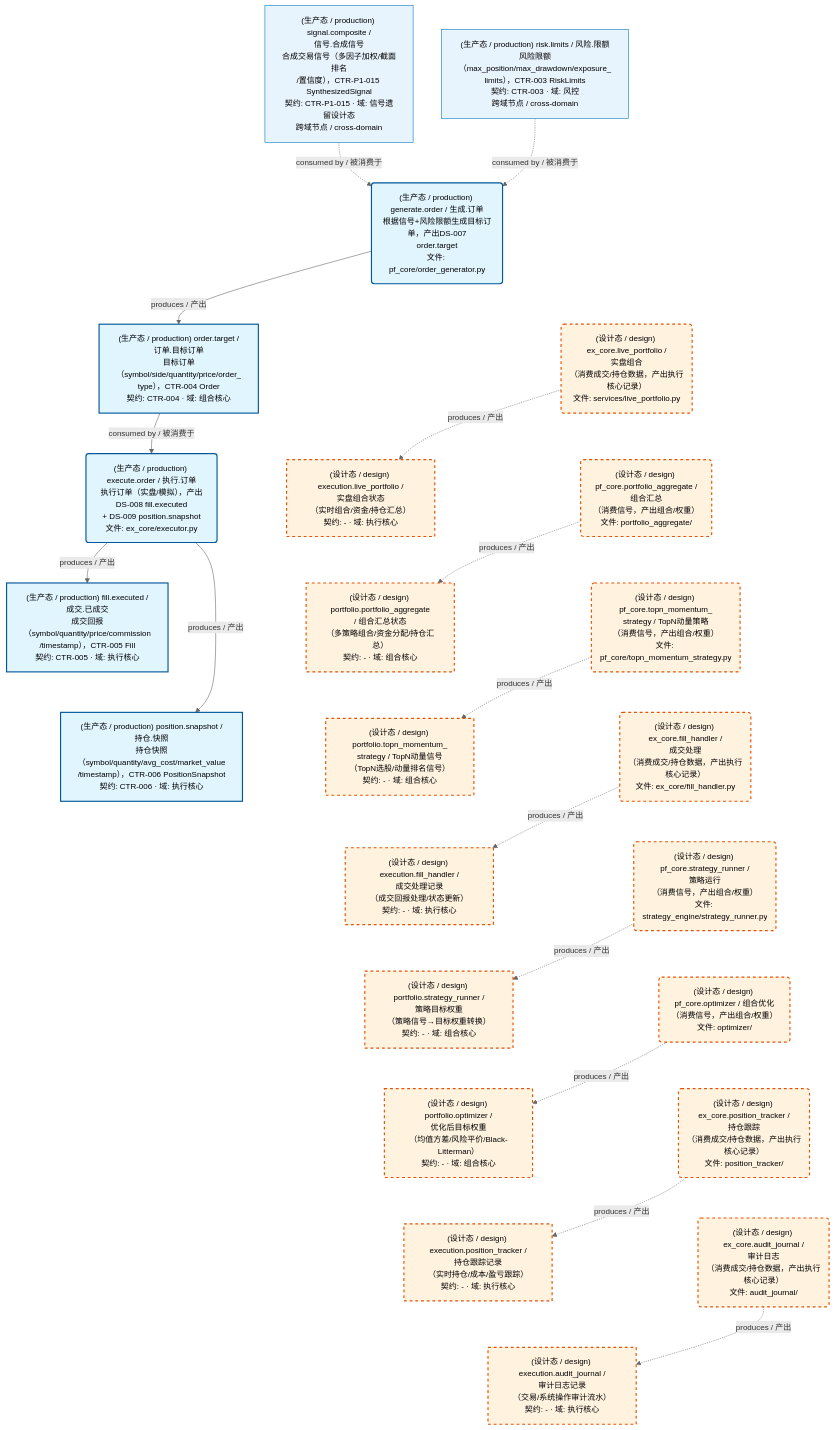
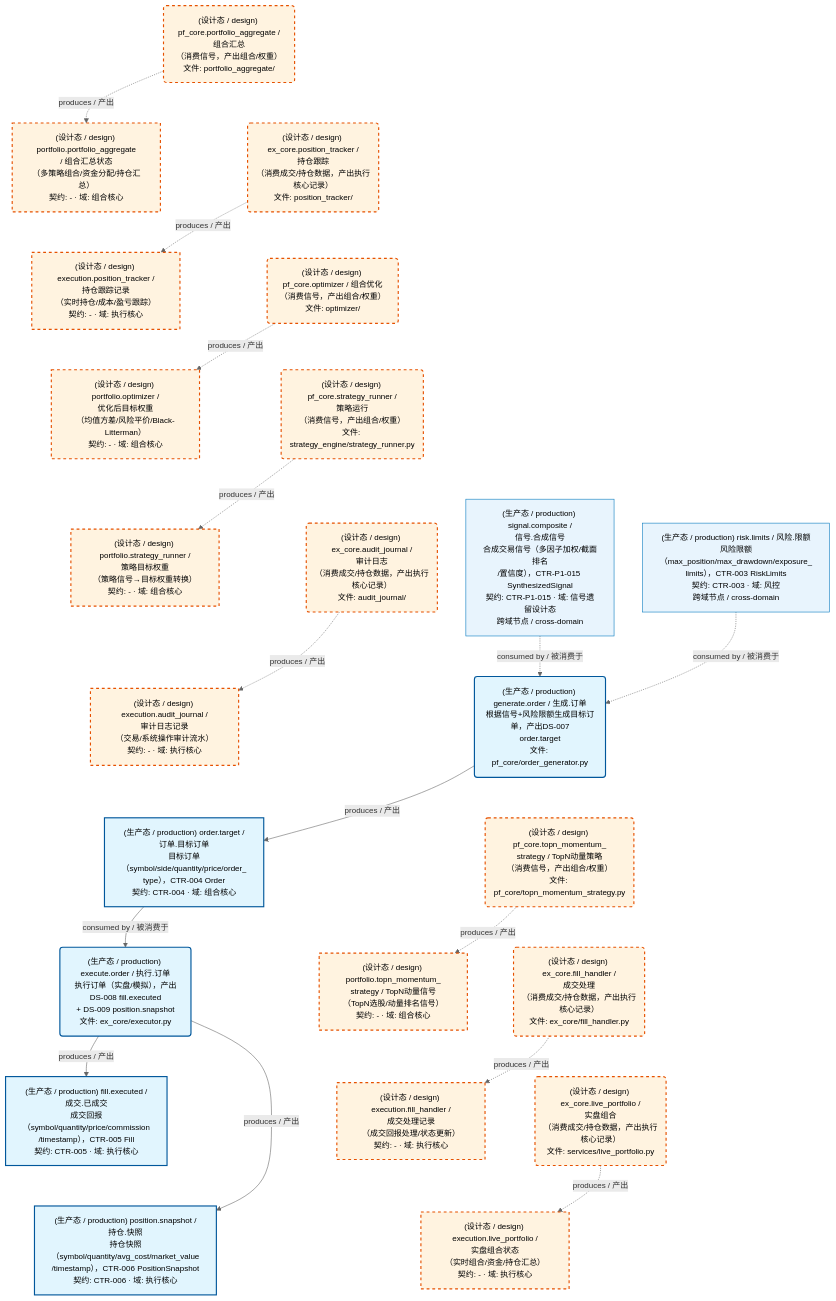
One commit to xuanFelixVan/ZephyrAlpha changed the first of 3 diagrams in docs/02_enterprise_architecture/05_dataflow_architecture/d_ex_pf_core.md. Above: the diagram before and after it, drawn with Mermaid. The commit also changed other lines of this file and 13 other files, not shown here.

First line of the commit message:
feat(dataflow): dataflow_production.md → dataflow_panorama.md，运营态+设计态全景一张图看完

````diff
--- a/docs/02_enterprise_architecture/05_dataflow_architecture/d_ex_pf_core.md
+++ b/docs/02_enterprise_architecture/05_dataflow_architecture/d_ex_pf_core.md
@@ -50,65 +50,65 @@
 ```mermaid
 %%{init: {'theme': 'base', 'themeVariables': {'primaryColor': '#eaeaea', 'primaryTextColor': '#333333', 'primaryBorderColor': '#666666', 'lineColor': '#666666', 'secondaryColor': '#eaeaea', 'tertiaryColor': '#eaeaea', 'clusterBkg': 'transparent', 'clusterBorder': 'transparent', 'fontSize': '14px'}}}%%
 flowchart TD
     DS11263["(设计态 / design) execution.audit_journal /<br/>审计日志记录<br/>（交易/系统操作审计流水）<br/>契约: - · 域: 执行核心"]
     DS11264["(设计态 / design) execution.fill_handler /<br/>成交处理记录<br/>（成交回报处理/状态更新）<br/>契约: - · 域: 执行核心"]
     DS11266["(设计态 / design) execution.live_portfolio /<br/>实盘组合状态<br/>（实时组合/资金/持仓汇总）<br/>契约: - · 域: 执行核心"]
     DS11265["(设计态 / design) execution.position_tracker /<br/>持仓跟踪记录<br/>（实时持仓/成本/盈亏跟踪）<br/>契约: - · 域: 执行核心"]
-    DS16830["(生产态 / production) fill.executed /<br/>成交.已成交<br/>成交回报（symbol/quantity/price/commission<br/>/timestamp），CTR-005 Fill<br/>契约: CTR-005 · 域: 执行核心"]
-    DS16829["(生产态 / production) order.target /<br/>订单.目标订单<br/>目标订单（symbol/side/quantity/price/order_<br/>type），CTR-004 Order<br/>契约: CTR-004 · 域: 组合核心"]
+    DS16906["(生产态 / production) fill.executed /<br/>成交.已成交<br/>成交回报（symbol/quantity/price/commission<br/>/timestamp），CTR-005 Fill<br/>契约: CTR-005 · 域: 执行核心"]
+    DS16905["(生产态 / production) order.target /<br/>订单.目标订单<br/>目标订单（symbol/side/quantity/price/order_<br/>type），CTR-004 Order<br/>契约: CTR-004 · 域: 组合核心"]
     DS11267["(设计态 / design) portfolio.optimizer /<br/>优化后目标权重<br/>（均值方差/风险平价/Black-Litterman）<br/>契约: - · 域: 组合核心"]
     DS11268["(设计态 / design) portfolio.portfolio_aggregate<br/>/ 组合汇总状态<br/>（多策略组合/资金分配/持仓汇总）<br/>契约: - · 域: 组合核心"]
     DS11269["(设计态 / design) portfolio.strategy_runner /<br/>策略目标权重<br/>（策略信号→目标权重转换）<br/>契约: - · 域: 组合核心"]
     DS11270["(设计态 / design) portfolio.topn_momentum_<br/>strategy / TopN动量信号<br/>（TopN选股/动量排名信号）<br/>契约: - · 域: 组合核心"]
-    DS16831["(生产态 / production) position.snapshot /<br/>持仓.快照<br/>持仓快照（symbol/quantity/avg_cost/market_value<br/>/timestamp），CTR-006 PositionSnapshot<br/>契约: CTR-006 · 域: 执行核心"]
+    DS16907["(生产态 / production) position.snapshot /<br/>持仓.快照<br/>持仓快照（symbol/quantity/avg_cost/market_value<br/>/timestamp），CTR-006 PositionSnapshot<br/>契约: CTR-006 · 域: 执行核心"]
     JOB757627("(设计态 / design) ex_core.audit_journal /<br/>审计日志<br/>（消费成交/持仓数据，产出执行核心记录）<br/>文件: audit_journal/")
     JOB757628("(设计态 / design) ex_core.fill_handler /<br/>成交处理<br/>（消费成交/持仓数据，产出执行核心记录）<br/>文件: ex_core/fill_handler.py")
     JOB757630("(设计态 / design) ex_core.live_portfolio /<br/>实盘组合<br/>（消费成交/持仓数据，产出执行核心记录）<br/>文件: services/live_portfolio.py")
     JOB757629("(设计态 / design) ex_core.position_tracker /<br/>持仓跟踪<br/>（消费成交/持仓数据，产出执行核心记录）<br/>文件: position_tracker/")
-    JOB859262("(生产态 / production) execute.order / 执行.订单<br/>执行订单（实盘/模拟），产出DS-008 fill.executed<br/>+ DS-009 position.snapshot<br/>文件: ex_core/executor.py")
-    JOB859261("(生产态 / production) generate.order / 生成.订单<br/>根据信号+风险限额生成目标订单，产出DS-007<br/>order.target<br/>文件: pf_core/order_generator.py")
+    JOB866029("(生产态 / production) execute.order / 执行.订单<br/>执行订单（实盘/模拟），产出DS-008 fill.executed<br/>+ DS-009 position.snapshot<br/>文件: ex_core/executor.py")
+    JOB866028("(生产态 / production) generate.order / 生成.订单<br/>根据信号+风险限额生成目标订单，产出DS-007<br/>order.target<br/>文件: pf_core/order_generator.py")
     JOB757631("(设计态 / design) pf_core.optimizer / 组合优化<br/>（消费信号，产出组合/权重）<br/>文件: optimizer/")
     JOB757632("(设计态 / design) pf_core.portfolio_aggregate /<br/>组合汇总<br/>（消费信号，产出组合/权重）<br/>文件: portfolio_aggregate/")
     JOB757633("(设计态 / design) pf_core.strategy_runner /<br/>策略运行<br/>（消费信号，产出组合/权重）<br/>文件: strategy_engine/strategy_runner.py")
     JOB757634("(设计态 / design) pf_core.topn_momentum_<br/>strategy / TopN动量策略<br/>（消费信号，产出组合/权重）<br/>文件: pf_core/topn_momentum_strategy.py")
-    DS16827["(生产态 / production) signal.composite /<br/>信号.合成信号<br/>合成交易信号（多因子加权/截面排名<br/>/置信度），CTR-P1-015 SynthesizedSignal<br/>契约: CTR-P1-015 · 域: 信号遗留设计态<br/>跨域节点 / cross-domain"]
-    DS16828["(生产态 / production) risk.limits / 风险.限额<br/>风险限额（max_position/max_drawdown/exposure_<br/>limits），CTR-003 RiskLimits<br/>契约: CTR-003 · 域: 风控<br/>跨域节点 / cross-domain"]
-    JOB859261 -->|produces / 产出| DS16829
-    JOB859262 -->|produces / 产出| DS16830
-    JOB859262 -->|produces / 产出| DS16831
+    DS16903["(生产态 / production) signal.composite /<br/>信号.合成信号<br/>合成交易信号（多因子加权/截面排名<br/>/置信度），CTR-P1-015 SynthesizedSignal<br/>契约: CTR-P1-015 · 域: 信号遗留设计态<br/>跨域节点 / cross-domain"]
+    DS16904["(生产态 / production) risk.limits / 风险.限额<br/>风险限额（max_position/max_drawdown/exposure_<br/>limits），CTR-003 RiskLimits<br/>契约: CTR-003 · 域: 风控<br/>跨域节点 / cross-domain"]
     JOB757627 -.->|produces / 产出| DS11263
     JOB757628 -.->|produces / 产出| DS11264
     JOB757629 -.->|produces / 产出| DS11265
     JOB757630 -.->|produces / 产出| DS11266
     JOB757631 -.->|produces / 产出| DS11267
     JOB757632 -.->|produces / 产出| DS11268
     JOB757633 -.->|produces / 产出| DS11269
     JOB757634 -.->|produces / 产出| DS11270
-    DS16827 -.->|consumed by / 被消费于| JOB859261
-    DS16828 -.->|consumed by / 被消费于| JOB859261
-    DS16829 -->|consumed by / 被消费于| JOB859262
-    JOB859261 ~~~ JOB757630
-    JOB757630 ~~~ JOB757632
-    JOB757632 ~~~ JOB757634
+    JOB866028 -->|produces / 产出| DS16905
+    JOB866029 -->|produces / 产出| DS16906
+    JOB866029 -->|produces / 产出| DS16907
+    DS16903 -.->|consumed by / 被消费于| JOB866028
+    DS16904 -.->|consumed by / 被消费于| JOB866028
+    DS16905 -->|consumed by / 被消费于| JOB866029
+    JOB757632 ~~~ JOB757629
+    JOB757629 ~~~ JOB757631
+    JOB757631 ~~~ JOB757633
+    JOB757633 ~~~ JOB757627
+    JOB757627 ~~~ JOB866028
+    JOB866028 ~~~ JOB757634
     JOB757634 ~~~ JOB757628
-    JOB757628 ~~~ JOB757633
-    JOB757633 ~~~ JOB757631
-    JOB757631 ~~~ JOB757629
-    JOB757629 ~~~ JOB757627
-    DS16829 ~~~ DS11266
-    DS11266 ~~~ DS11268
-    DS11268 ~~~ DS11270
+    JOB757628 ~~~ JOB757630
+    DS11268 ~~~ DS11265
+    DS11265 ~~~ DS11267
+    DS11267 ~~~ DS11269
+    DS11269 ~~~ DS11263
+    DS11263 ~~~ DS16905
+    DS16905 ~~~ DS11270
     DS11270 ~~~ DS11264
-    DS11264 ~~~ DS11269
-    DS11269 ~~~ DS11267
-    DS11267 ~~~ DS11265
-    DS11265 ~~~ DS11263
-    DS16830 ~~~ DS16831
+    DS11264 ~~~ DS11266
+    DS16906 ~~~ DS16907
     classDef production fill:#e1f5fe,stroke:#01579b,stroke-width:2px,color:#000
     classDef design fill:#fff3e0,stroke:#e65100,stroke-width:2px,color:#000,stroke-dasharray: 5 5
     classDef external_prod fill:#e8f4fd,stroke:#0277bd,stroke-width:1px,color:#000
     classDef external_design fill:#fff8e7,stroke:#ef6c00,stroke-width:1px,color:#000,stroke-dasharray: 5 5
-    class DS16830,DS16829,DS16831,JOB859262,JOB859261 production
+    class DS16906,DS16905,DS16907,JOB866029,JOB866028 production
     class DS11263,DS11264,DS11266,DS11265,DS11267,DS11268,DS11269,DS11270,JOB757627,JOB757628,JOB757630,JOB757629,JOB757631,JOB757632,JOB757633,JOB757634 design
-    class DS16827,DS16828 external_prod
+    class DS16903,DS16904 external_prod
 ```
````
